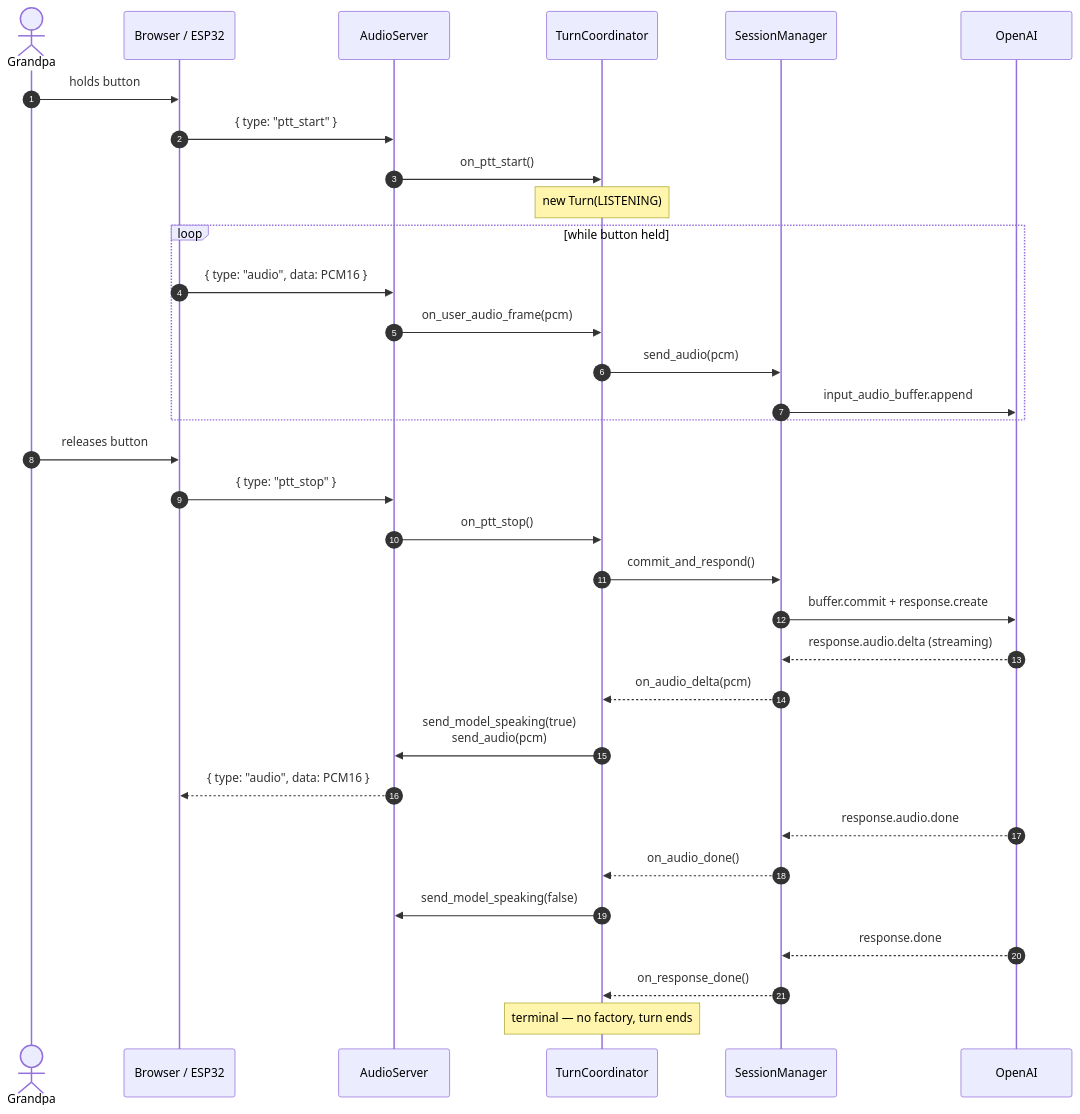
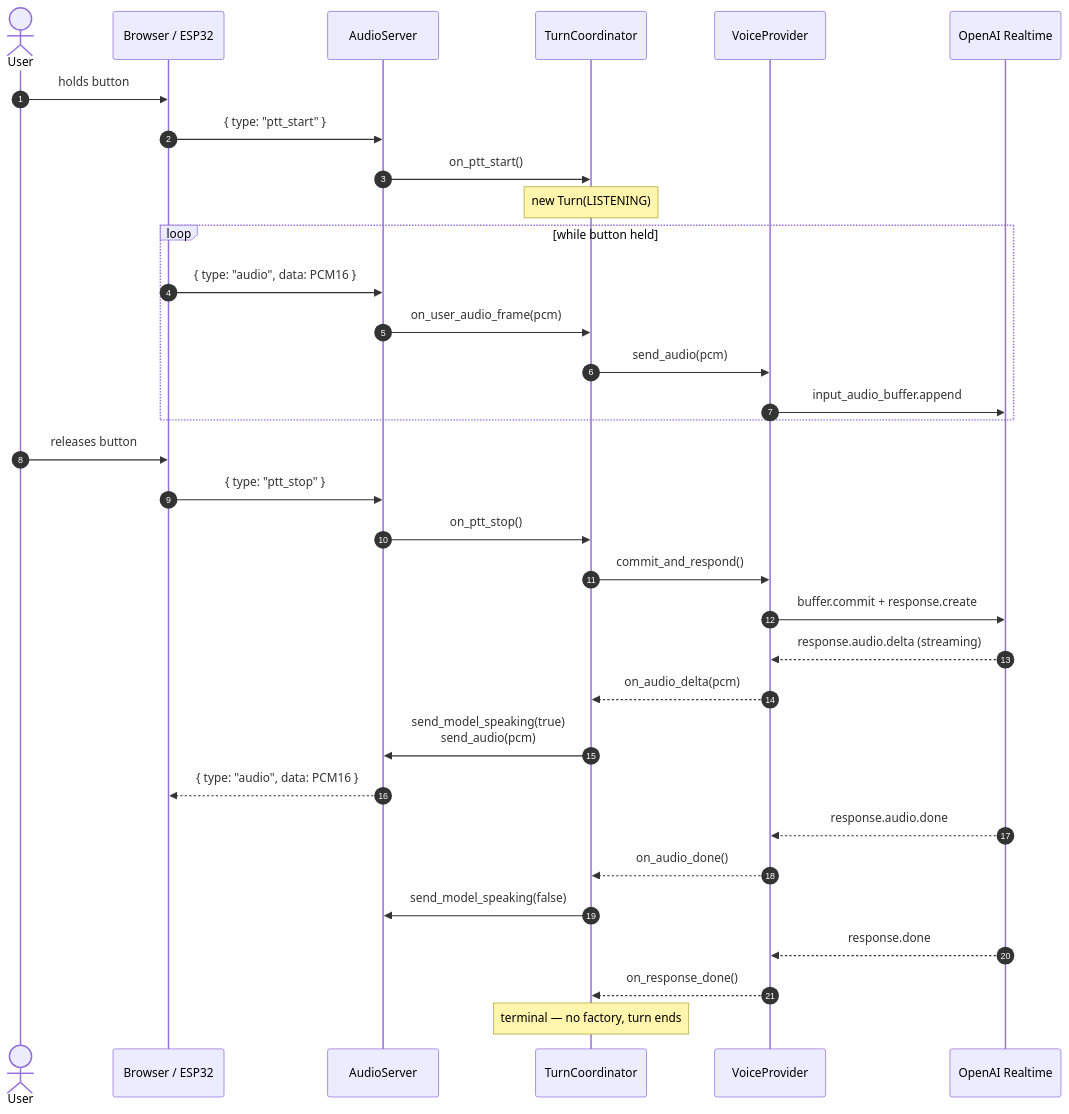
One commit to ma-r-s/Huxley changed the third of 5 diagrams in docs/architecture.md. Above: the diagram before and after it, drawn with Mermaid. The commit also changed other lines of this file and 12 other files, not shown here.

````diff
--- a/docs/architecture.md
+++ b/docs/architecture.md
@@ -77,36 +89,36 @@
 ```mermaid
 sequenceDiagram
     autonumber
-    actor Grandpa
+    actor User
     participant Client as Browser / ESP32
     participant Server as AudioServer
     participant Coord as TurnCoordinator
-    participant Sess as SessionManager
-    participant OpenAI
+    participant Sess as VoiceProvider
+    participant LLM as OpenAI Realtime
 
-    Grandpa->>Client: holds button
+    User->>Client: holds button
     Client->>Server: { type: "ptt_start" }
     Server->>Coord: on_ptt_start()
     Note over Coord: new Turn(LISTENING)
     loop while button held
         Client->>Server: { type: "audio", data: PCM16 }
         Server->>Coord: on_user_audio_frame(pcm)
         Coord->>Sess: send_audio(pcm)
-        Sess->>OpenAI: input_audio_buffer.append
+        Sess->>LLM: input_audio_buffer.append
     end
-    Grandpa->>Client: releases button
+    User->>Client: releases button
     Client->>Server: { type: "ptt_stop" }
     Server->>Coord: on_ptt_stop()
     Coord->>Sess: commit_and_respond()
-    Sess->>OpenAI: buffer.commit + response.create
-    OpenAI-->>Sess: response.audio.delta (streaming)
+    Sess->>LLM: buffer.commit + response.create
+    LLM-->>Sess: response.audio.delta (streaming)
     Sess-->>Coord: on_audio_delta(pcm)
     Coord->>Server: send_model_speaking(true)<br/>send_audio(pcm)
     Server-->>Client: { type: "audio", data: PCM16 }
-    OpenAI-->>Sess: response.audio.done
+    LLM-->>Sess: response.audio.done
     Sess-->>Coord: on_audio_done()
     Coord->>Server: send_model_speaking(false)
-    OpenAI-->>Sess: response.done
+    LLM-->>Sess: response.done
     Sess-->>Coord: on_response_done()
     Note over Coord: terminal — no factory, turn ends
 ```
````
